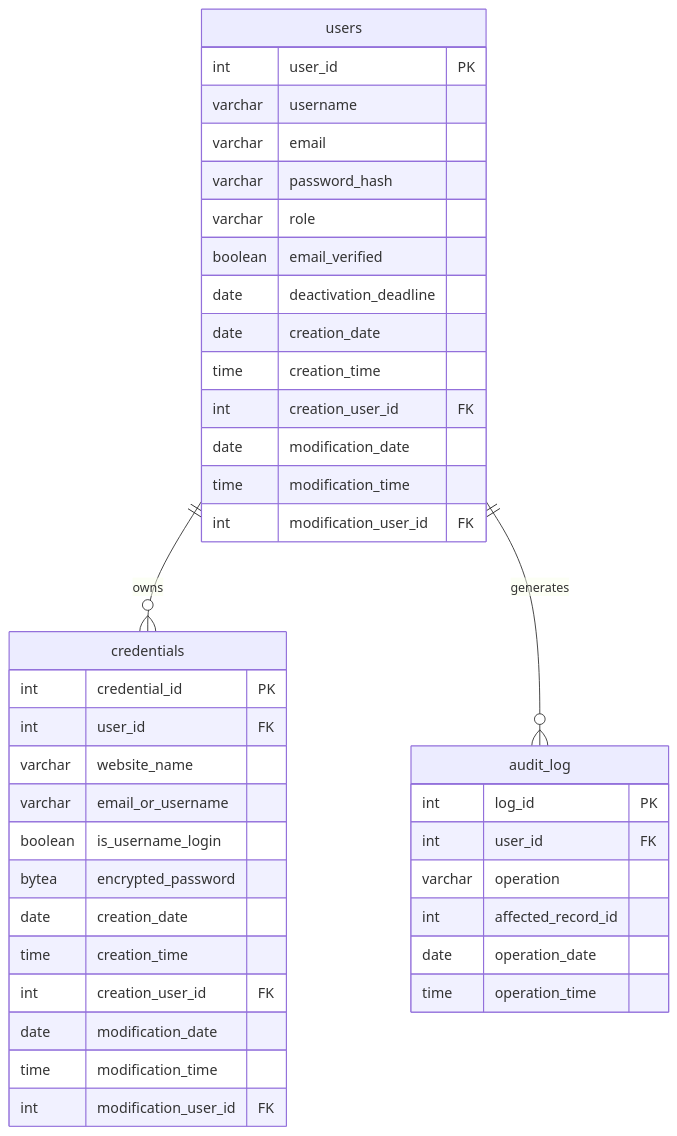
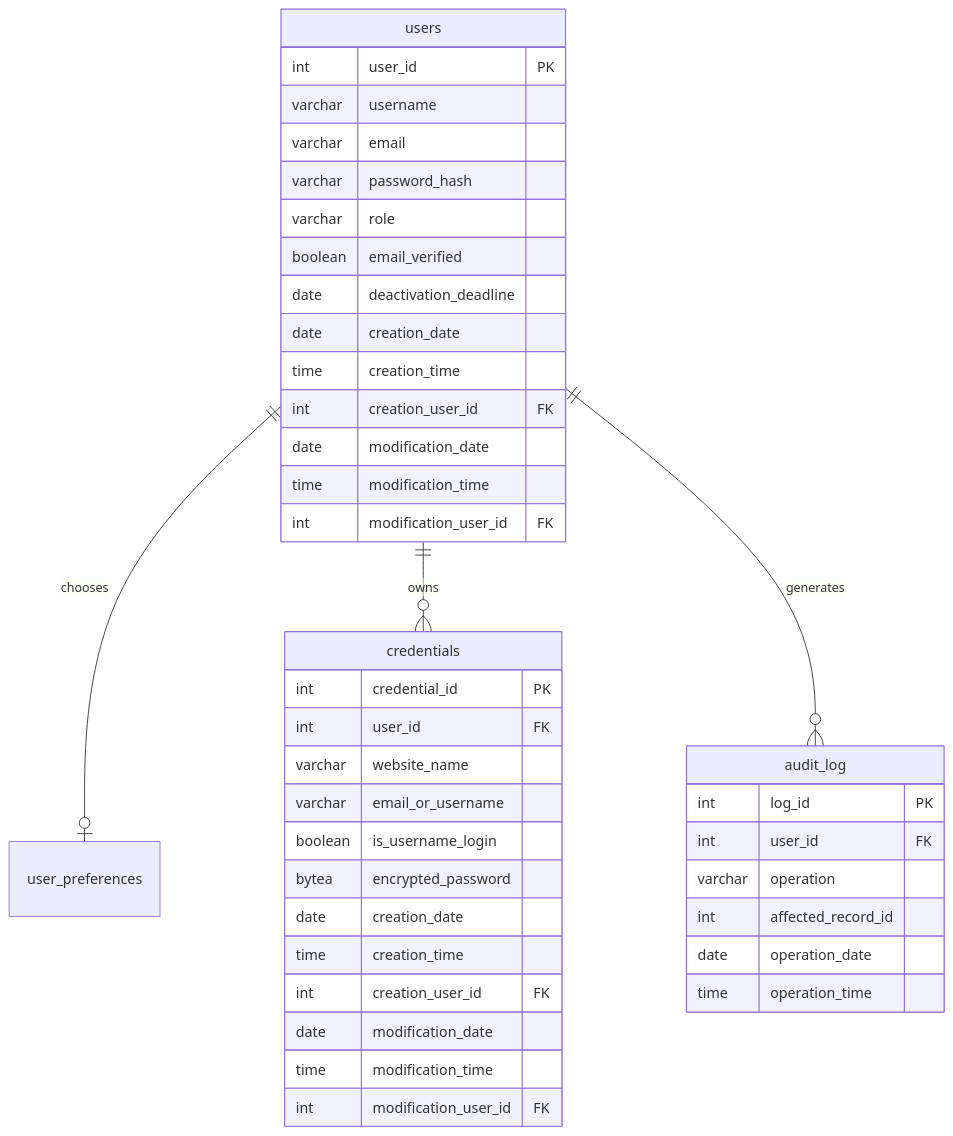
One commit to DarkyGr/Saving-Access changed the second of 3 diagrams in .kiro/specs/password-manager-website/design.md. Above: the diagram before and after it, drawn with Mermaid. The commit also changed other lines of this file and 42 other files, not shown here.

````diff
--- a/.kiro/specs/password-manager-website/design.md
+++ b/.kiro/specs/password-manager-website/design.md
@@ -146,45 +158,46 @@
 ```mermaid
 erDiagram
     users {
         int user_id PK
         varchar username
         varchar email
         varchar password_hash
         varchar role
         boolean email_verified
         date deactivation_deadline
         date creation_date
         time creation_time
         int creation_user_id FK
         date modification_date
         time modification_time
         int modification_user_id FK
     }
 
     credentials {
         int credential_id PK
         int user_id FK
         varchar website_name
         varchar email_or_username
         boolean is_username_login
         bytea encrypted_password
         date creation_date
         time creation_time
         int creation_user_id FK
         date modification_date
         time modification_time
         int modification_user_id FK
     }
 
     audit_log {
         int log_id PK
         int user_id FK
         varchar operation
         int affected_record_id
         date operation_date
         time operation_time
     }
 
+    users ||--o| user_preferences : "chooses"
     users ||--o{ credentials : "owns"
     users ||--o{ audit_log : "generates"
 ```
````
